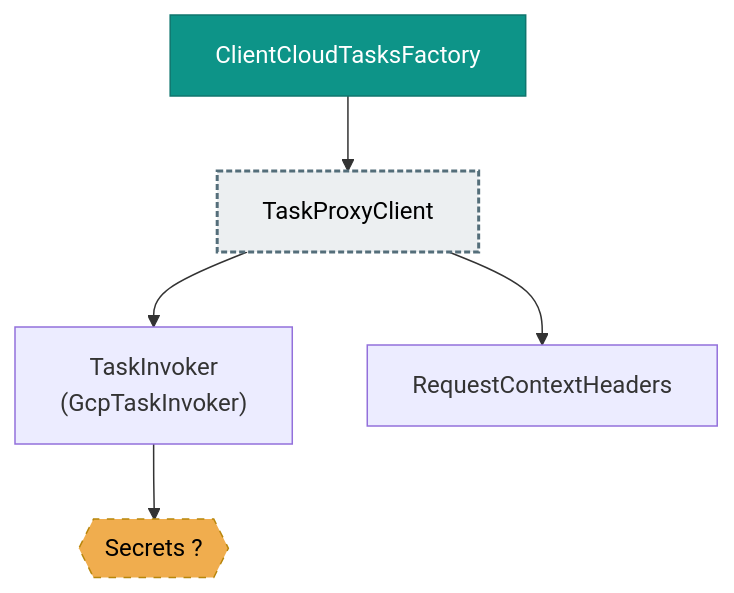
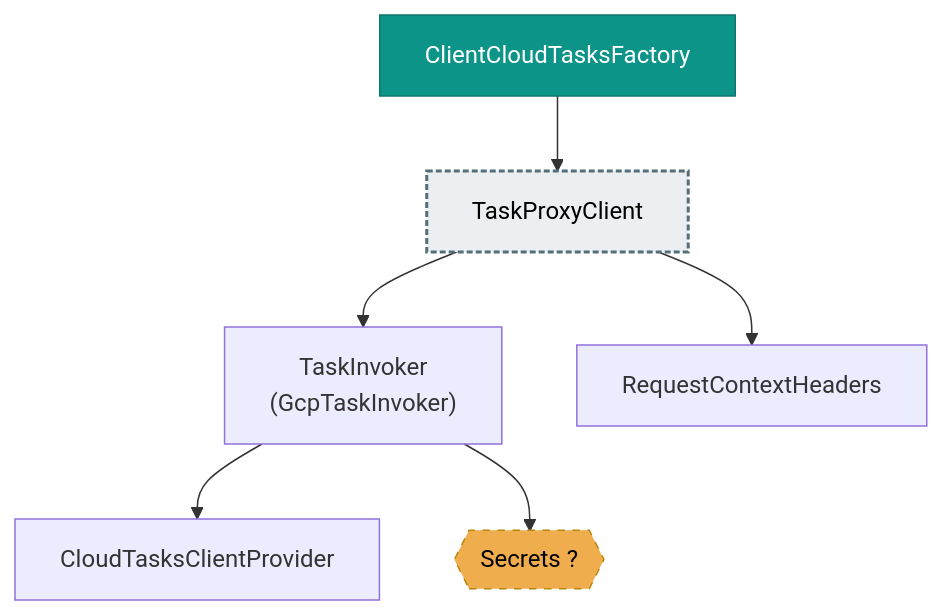
Before and after one commit to deanhiller/webpieces-ts: the diagram in packages/cloud/cloudtasks-client/design.md, drawn with Mermaid. The commit also changed 62 other files, not shown here.

First line of the commit message:
Retry and name every Cloud Tasks enqueue through one shared RetryStrategy and ErrorClassifier (#1210)

````diff
--- a/packages/cloud/cloudtasks-client/design.md
+++ b/packages/cloud/cloudtasks-client/design.md
@@ -13,19 +13,21 @@
 ```mermaid
 graph TD
     ClientCloudTasksFactory["ClientCloudTasksFactory"]:::apiImpl
+    CloudTasksClientProvider["CloudTasksClientProvider"]
     GcpTaskInvoker["TaskInvoker<br/>(GcpTaskInvoker)"]
     RequestContextHeaders["RequestContextHeaders"]
     Secrets{{"Secrets ?"}}:::unresolved
     TaskProxyClient["TaskProxyClient"]:::many
     ClientCloudTasksFactory --> TaskProxyClient
+    GcpTaskInvoker --> CloudTasksClientProvider
     GcpTaskInvoker --> Secrets
     TaskProxyClient --> GcpTaskInvoker
     TaskProxyClient --> RequestContextHeaders
     classDef controller fill:#1f6feb,color:#ffffff,stroke:#0d419d
     classDef apiImpl fill:#0d9488,color:#ffffff,stroke:#0f766e
     classDef component fill:#2da44e,color:#ffffff,stroke:#1a7f37
     classDef unresolved fill:#f0ad4e,color:#000000,stroke:#b8860b,stroke-dasharray: 5 5
     classDef external fill:#b39ddb,color:#000000,stroke:#5e35b1,stroke-width:3px
     classDef api fill:#4fc3f7,color:#000000,stroke:#0277bd,stroke-width:3px
     classDef many fill:#eceff1,color:#000000,stroke:#546e7a,stroke-width:2px,stroke-dasharray: 4 2
 ```
````
